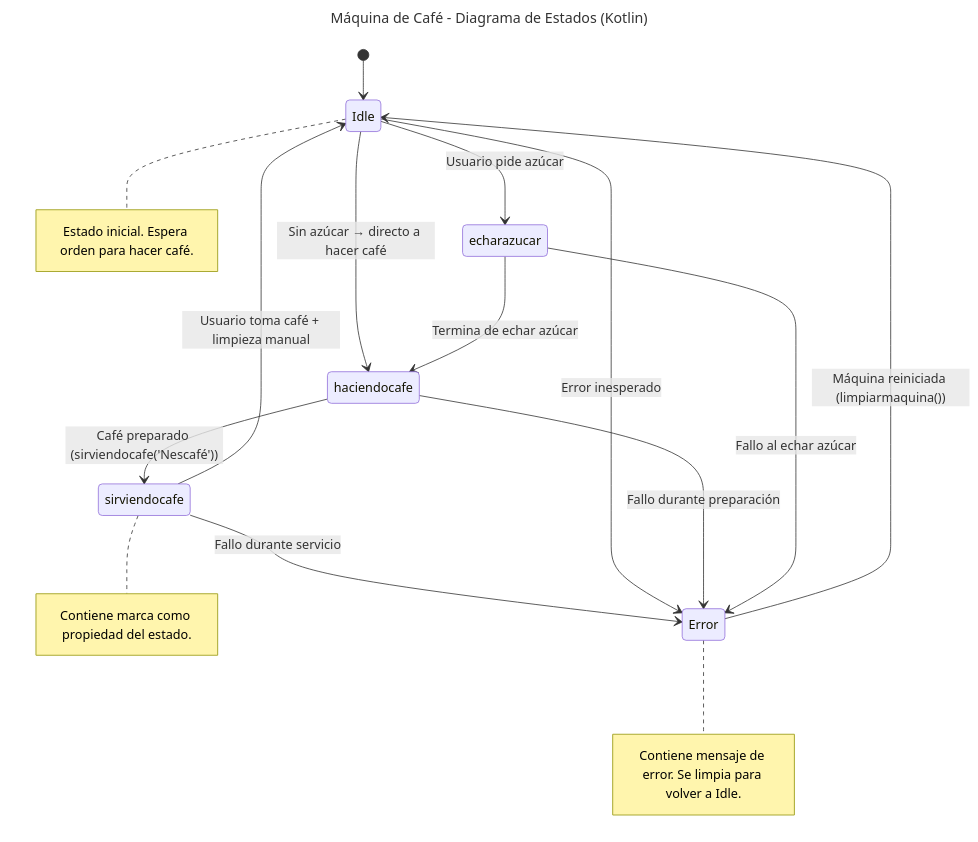
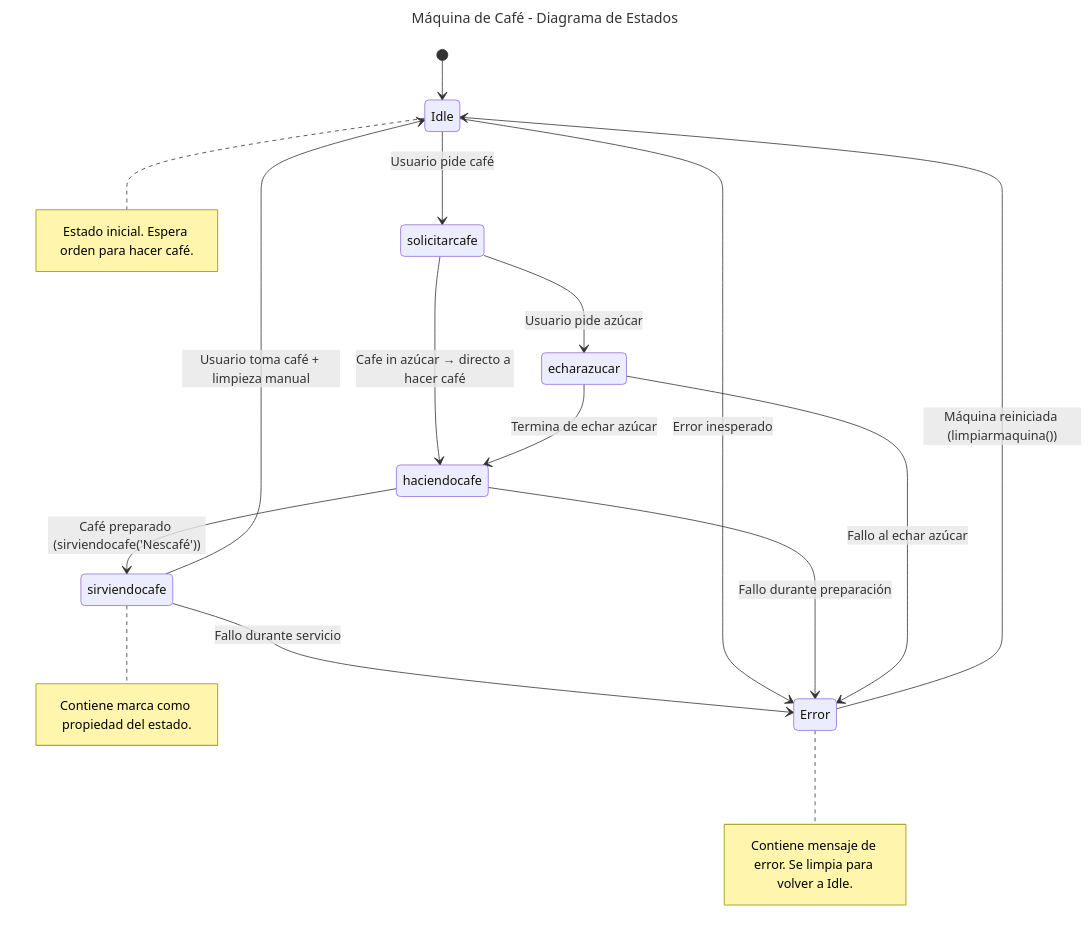
The diagram in 1trabajo/src/diagrama.mmd (shermidagre/PMDM), drawn with Mermaid before and after one commit. The commit also changed 1 other file, not shown here.

```diff
--- a/1trabajo/src/diagrama.mmd
+++ b/1trabajo/src/diagrama.mmd
@@ -1,18 +1,19 @@
 ---
-title: Máquina de Café - Diagrama de Estados (Kotlin)
+title: Máquina de Café - Diagrama de Estados
 ---
 stateDiagram-v2
 [*] --> Idle
-Idle --> echarazucar: Usuario pide azúcar
-Idle --> haciendocafe: Sin azúcar → directo a hacer café
+Idle --> solicitarcafe: Usuario pide café
+solicitarcafe --> echarazucar: Usuario pide azúcar
+solicitarcafe --> haciendocafe: Cafe in azúcar → directo a hacer café
 echarazucar --> haciendocafe: Termina de echar azúcar
 haciendocafe --> sirviendocafe: Café preparado (sirviendocafe('Nescafé'))
 sirviendocafe --> Idle: Usuario toma café + limpieza manual
 sirviendocafe --> Error: Fallo durante servicio
 Idle --> Error: Error inesperado
 haciendocafe --> Error: Fallo durante preparación
 echarazucar --> Error: Fallo al echar azúcar
 Error --> Idle: Máquina reiniciada (limpiarmaquina())
 note right of Idle: Estado inicial. Espera orden para hacer café.
 note right of sirviendocafe: Contiene marca como propiedad del estado.
 note right of Error: Contiene mensaje de error. Se limpia para volver a Idle.
```
